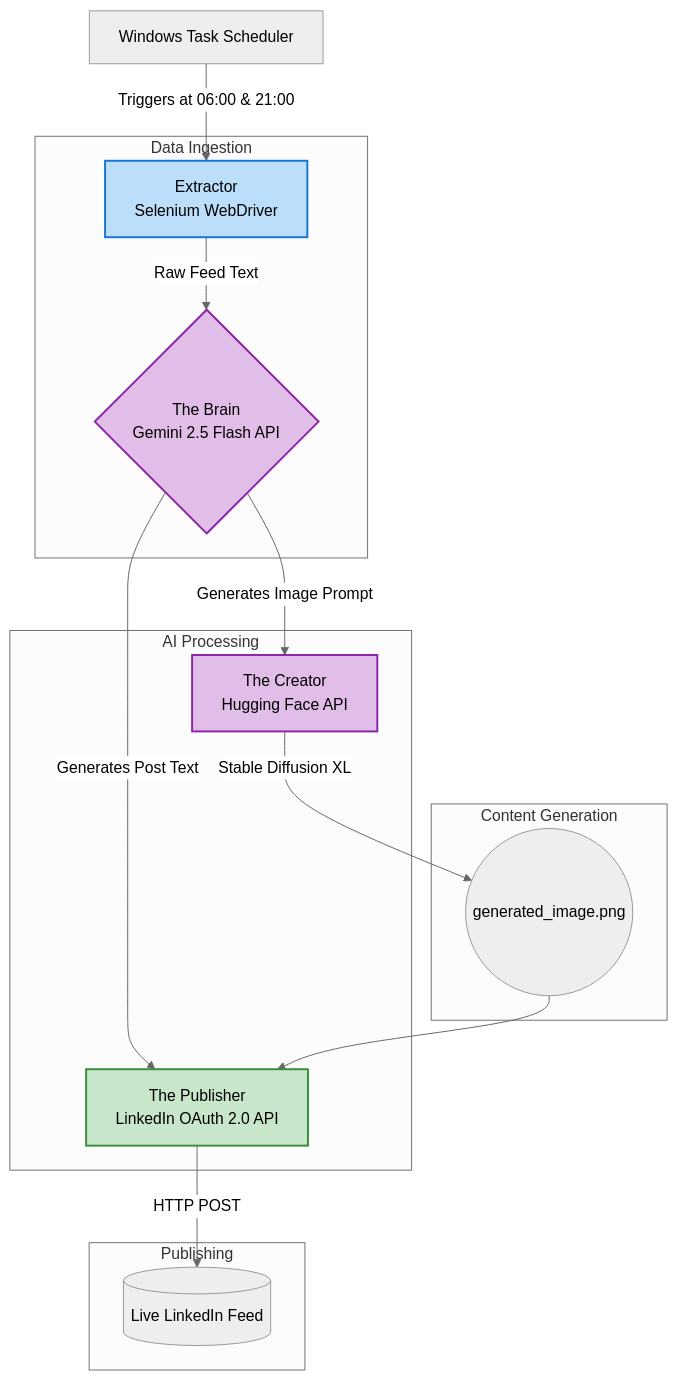
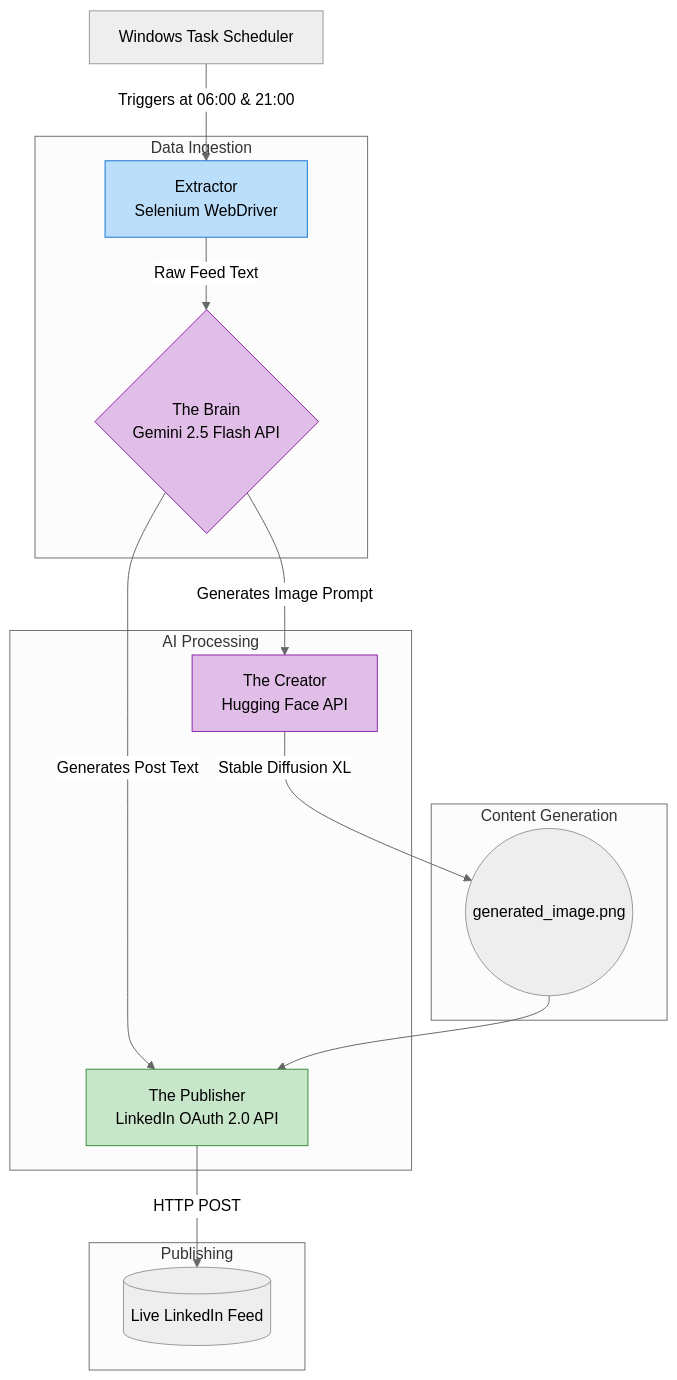
The diagram in README.md (suryadipbera1256/IOT-Predictive-Maintenance-Engine), drawn with Mermaid (neutral theme) before and after one commit.

````diff
--- a/README.md
+++ b/README.md
@@ -9,30 +9,30 @@
 ```mermaid
 graph TD
     Z[Windows Task Scheduler] -->|Triggers at 06:00 & 21:00| A
     
     subgraph Data Ingestion
     A[Extractor<br>Selenium WebDriver] -->|Raw Feed Text| B
     end
 
     subgraph AI Processing
     B{The Brain<br>Gemini 2.5 Flash API} -->|Generates Post Text| D
     B -->|Generates Image Prompt| C
     end
 
     subgraph Content Generation
     C[The Creator<br>Hugging Face API] -->|Stable Diffusion XL| E((generated_image.png))
     end
 
     subgraph Publishing
     E --> D
     D[The Publisher<br>LinkedIn OAuth 2.0 API] -->|HTTP POST| F[(Live LinkedIn Feed)]
     end
     
-    classDef ai fill:#e1bee7,stroke:#8e24aa,stroke-width:2px;
-    classDef api fill:#c8e6c9,stroke:#388e3c,stroke-width:2px;
-    classDef web fill:#bbdefb,stroke:#1976d2,stroke-width:2px;
+    classDef ai fill:#e1bee7,stroke:#8e24aa,stroke-width:1px;
+    classDef api fill:#c8e6c9,stroke:#388e3c,stroke-width:1px;
+    classDef web fill:#bbdefb,stroke:#1976d2,stroke-width:1px;
     
     class B,C ai;
     class D api;
     class A web;
 ```
````
